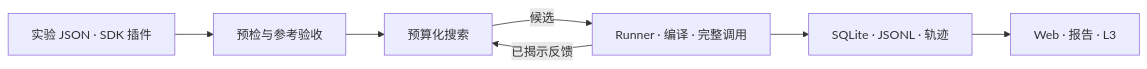
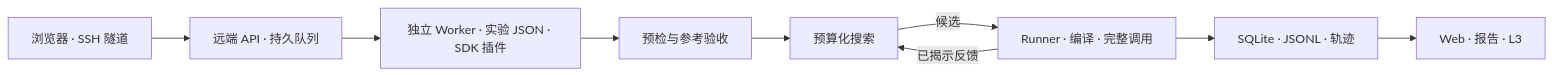
Before and after one commit to MingASA/KernelTuningLab: the diagram in README.md, drawn with Mermaid. The commit also changed other lines of this file and 17 other files, not shown here.

````diff
--- a/README.md
+++ b/README.md
@@ -23,9 +23,11 @@
 ```mermaid
 flowchart LR
-    A[实验 JSON · SDK 插件] --> B[预检与参考验收]
+    W[浏览器 · SSH 隧道] --> Q[远端 API · 持久队列]
+    Q --> A[独立 Worker · 实验 JSON · SDK 插件]
+    A --> B[预检与参考验收]
     B --> C[预算化搜索]
     C -->|候选| D[Runner · 编译 · 完整调用]
     D -->|已揭示反馈| C
     D --> E[SQLite · JSONL · 轨迹]
     E --> F[Web · 报告 · L3]
 ```
````
